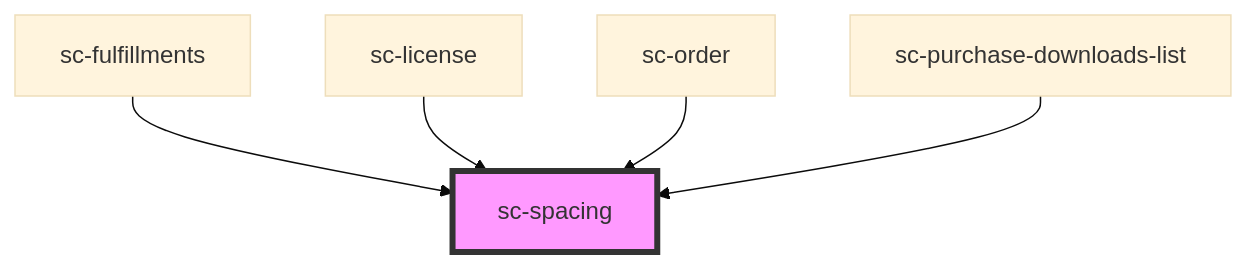
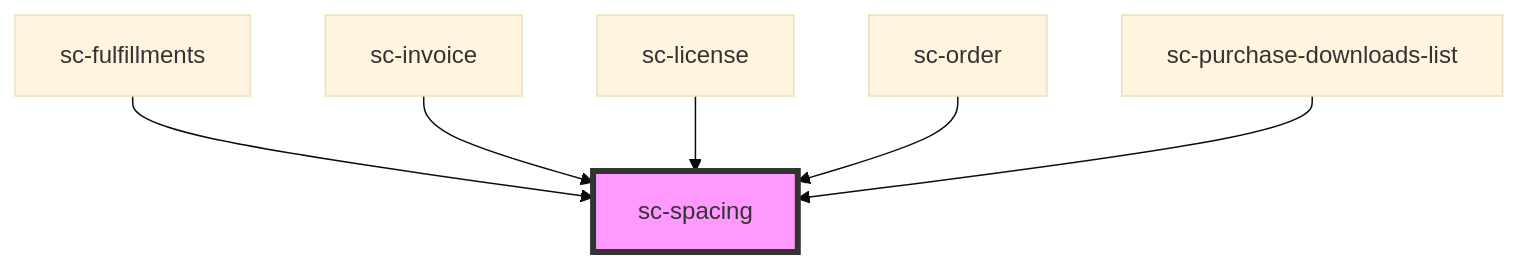
Before and after one commit to surecart/surecart-wp-plugin: the diagram in packages/components/src/components/ui/spacing/readme.md, drawn with Mermaid (base theme). The commit also changed other lines of this file and 46 other files, not shown here.

````diff
--- a/packages/components/src/components/ui/spacing/readme.md
+++ b/packages/components/src/components/ui/spacing/readme.md
@@ -18,8 +19,9 @@
 ```mermaid
 graph TD;
   sc-fulfillments --> sc-spacing
+  sc-invoice --> sc-spacing
   sc-license --> sc-spacing
   sc-order --> sc-spacing
   sc-purchase-downloads-list --> sc-spacing
   style sc-spacing fill:#f9f,stroke:#333,stroke-width:4px
 ```
````
